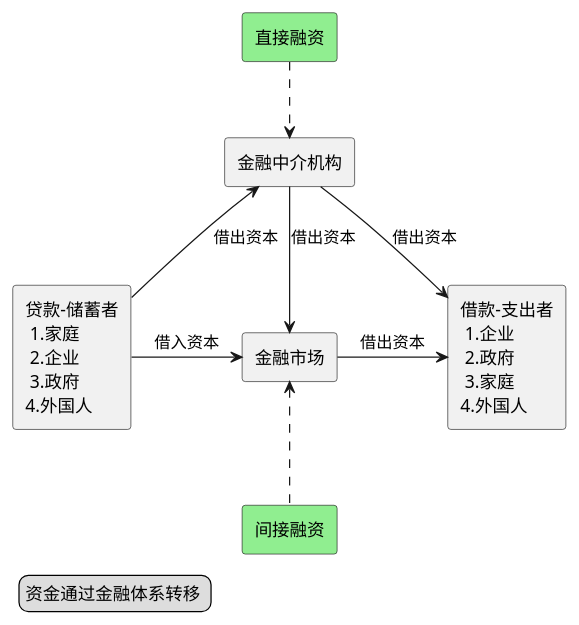
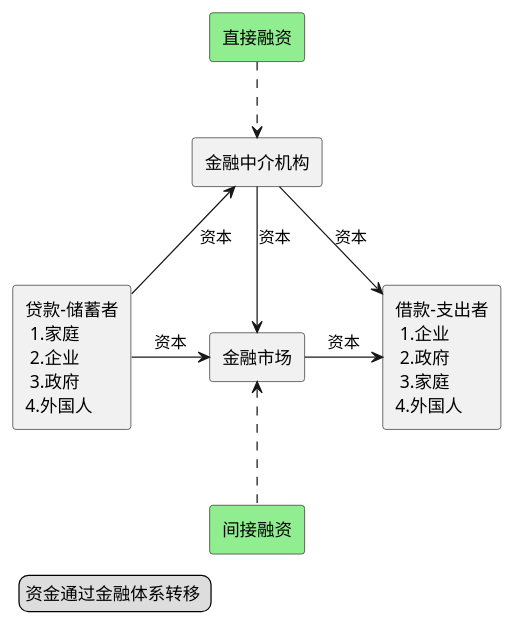
Before and after one commit to chengcx1019/universe: the diagram in writing/finance/theories/the_economics_of_money_banking_financial_markets_part2.md, drawn with PlantUML. The commit also changed other lines of this file, not shown here.

````diff
--- a/writing/finance/theories/the_economics_of_money_banking_financial_markets_part2.md
+++ b/writing/finance/theories/the_economics_of_money_banking_financial_markets_part2.md
@@ -18,26 +18,26 @@
 ```puml
 @startuml
 
 archimate  "贷款-储蓄者\n 1.家庭\n 2.企业 \n 3.政府\n4.外国人"  as deposit  
 archimate  "借款-支出者\n 1.企业\n 2.政府 \n 3.家庭\n4.外国人"  as loan 
 rectangle "间接融资" as ic  #lightgreen
 rectangle "直接融资" as dc #lightgreen
 archimate  "金融市场"  as market 
 archimate  "金融中介机构"  as inter 
 
 
-inter-down->market:借出资本
-market-right->loan:借出资本
-deposit-right->market:借入资本
-deposit-up->inter:借出资本
-inter-down->loan:借出资本
+inter-down->market:资本
+market-right->loan:资本
+deposit-right->market:资本
+deposit-up->inter:资本
+inter-down->loan:资本
 
 dc .down.> inter
 ic .up.> market
 
 legend  left
 资金通过金融体系转移 
 endlegend
 
 @enduml
 ```
````
